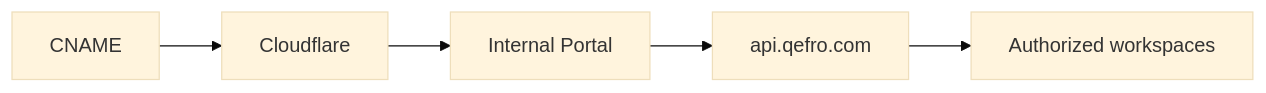
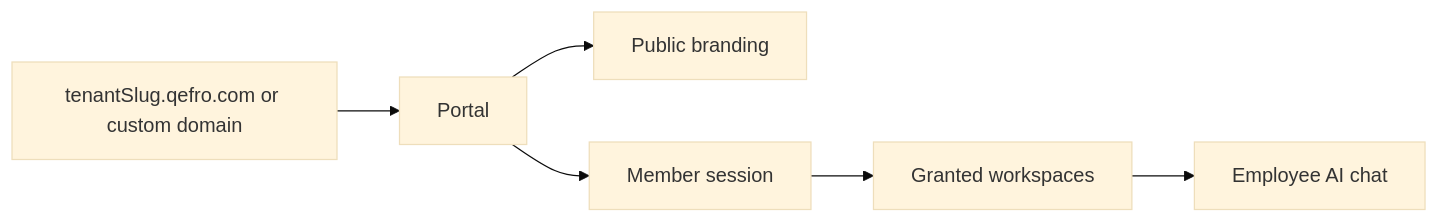
Before and after one commit to qefro-ai/qefro-documentation: the diagram in docs/platform/internal-portal.mdx, drawn with Mermaid (base theme). The commit also changed other lines of this file and 17 other files, not shown here.

````diff
--- a/docs/platform/internal-portal.mdx
+++ b/docs/platform/internal-portal.mdx
@@ -39,7 +34,8 @@
 ```mermaid
 flowchart LR
-  DNS[CNAME] --> Edge[Cloudflare]
-  Edge --> Portal[Internal Portal]
-  Portal --> API[api.qefro.com]
-  API --> WS[Authorized workspaces]
+  DNS[tenantSlug.qefro.com or custom domain] --> Portal
+  Portal --> Branding[Public branding]
+  Portal --> Auth[Member session]
+  Auth --> Workspaces[Granted workspaces]
+  Workspaces --> Chat[Employee AI chat]
 ```
````
